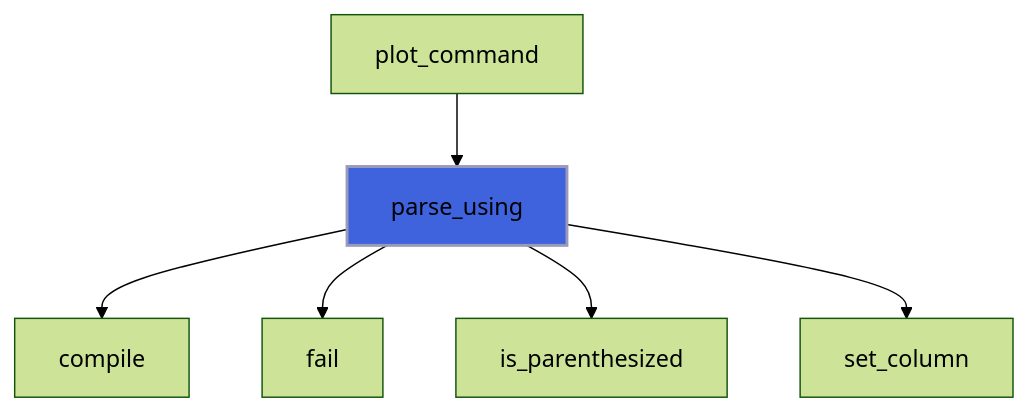
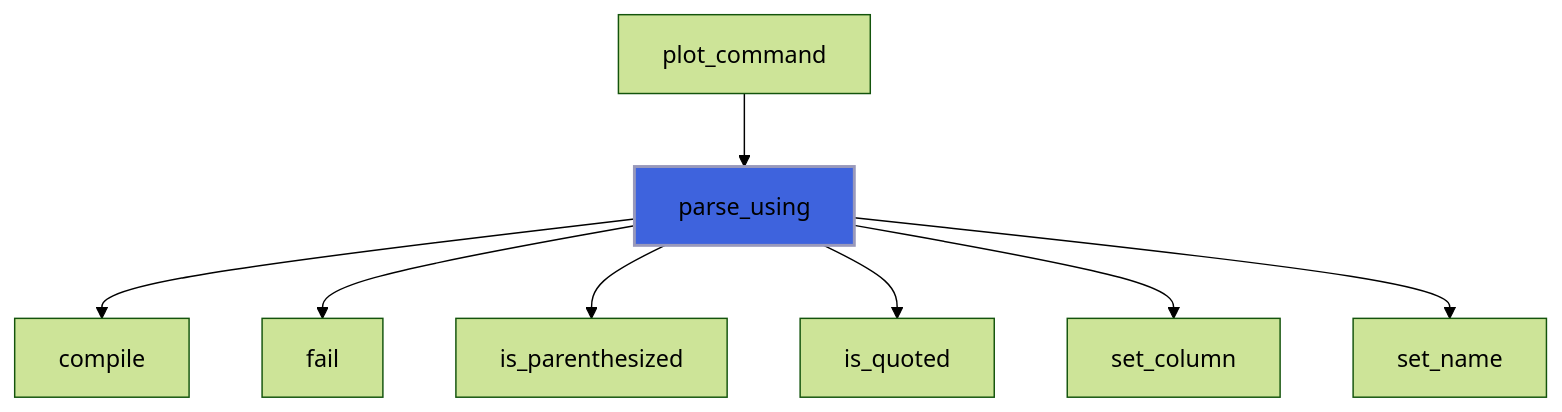
One commit to szaghi/foresight changed diagram 12 of 35 in docs/api/src/lib/foresight_script.md. Above: the diagram before and after it, drawn with Mermaid (forest theme). The commit also changed other lines of this file and 97 other files, not shown here.

````diff
--- a/docs/api/src/lib/foresight_script.md
+++ b/docs/api/src/lib/foresight_script.md
@@ -484,9 +528,11 @@
 ```mermaid
 flowchart TD
   plot_command["plot_command"] --> parse_using["parse_using"]
   parse_using["parse_using"] --> compile["compile"]
   parse_using["parse_using"] --> fail["fail"]
   parse_using["parse_using"] --> is_parenthesized["is_parenthesized"]
+  parse_using["parse_using"] --> is_quoted["is_quoted"]
   parse_using["parse_using"] --> set_column["set_column"]
+  parse_using["parse_using"] --> set_name["set_name"]
   style parse_using fill:#3e63dd,stroke:#99b,stroke-width:2px
 ```
````
